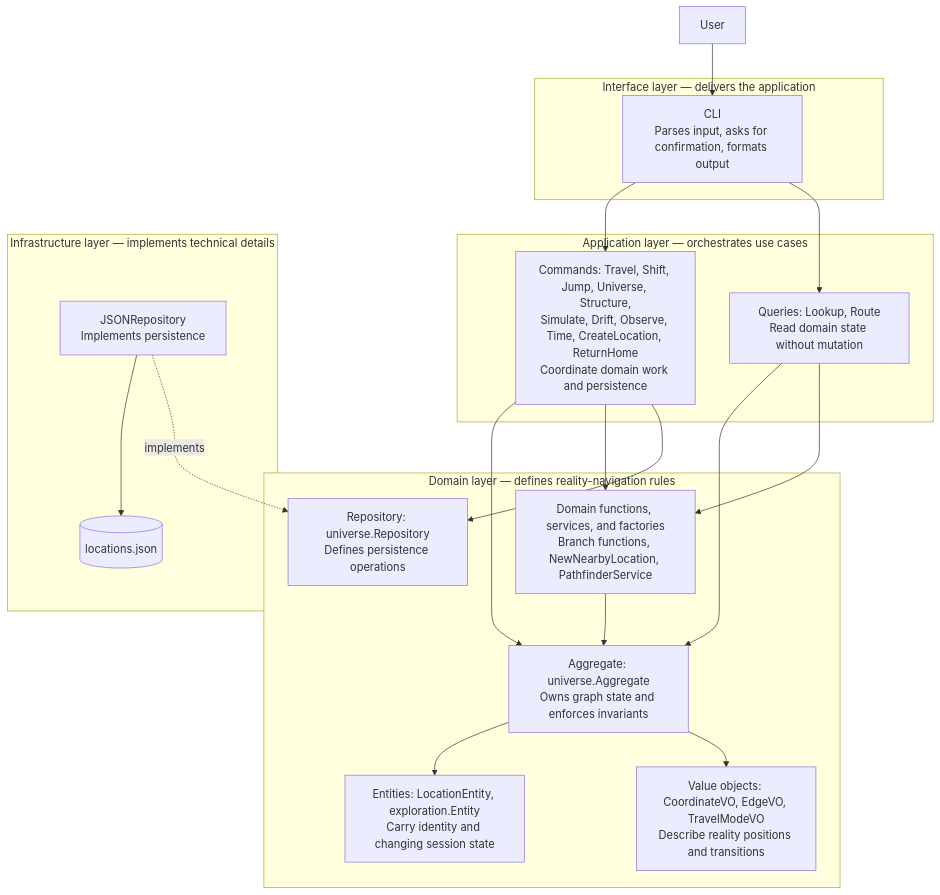
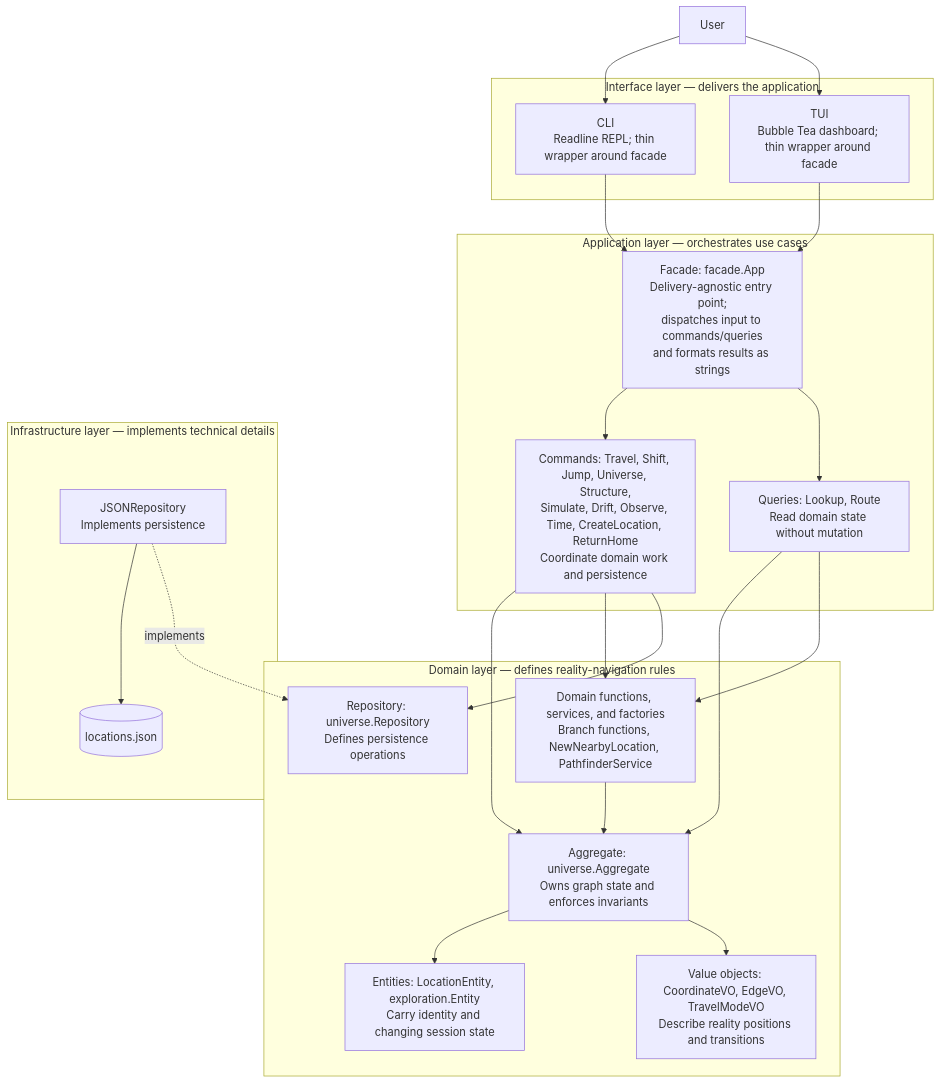
One commit to petherin/onto changed the diagram in docs/DDD.md. Above: the diagram before and after it, drawn with Mermaid. The commit also changed other lines of this file and 22 other files, not shown here.

````diff
--- a/docs/DDD.md
+++ b/docs/DDD.md
@@ -31,38 +31,43 @@
 ```mermaid
 flowchart TB
     subgraph Domain["Domain layer — defines reality-navigation rules"]
         Aggregate["Aggregate: universe.Aggregate<br/>Owns graph state and enforces invariants"]
         Entities["Entities: LocationEntity, exploration.Entity<br/>Carry identity and changing session state"]
         Values["Value objects: CoordinateVO, EdgeVO, TravelModeVO<br/>Describe reality positions and transitions"]
         Services["Domain functions, services, and factories<br/>Branch functions, NewNearbyLocation, PathfinderService"]
         Repository["Repository: universe.Repository<br/>Defines persistence operations"]
         Aggregate --> Entities
         Aggregate --> Values
         Services --> Aggregate
     end
 
     subgraph Application["Application layer — orchestrates use cases"]
+        Facade["Facade: facade.App<br/>Delivery-agnostic entry point;<br/>dispatches input to commands/queries<br/>and formats results as strings"]
         Commands["Commands: Travel, Shift, Jump, Universe, Structure,<br/>Simulate, Drift, Observe, Time, CreateLocation, ReturnHome<br/>Coordinate domain work and persistence"]
         Queries["Queries: Lookup, Route<br/>Read domain state without mutation"]
+        Facade --> Commands
+        Facade --> Queries
     end
 
     subgraph Interface["Interface layer — delivers the application"]
-        CLI["CLI<br/>Parses input, asks for confirmation, formats output"]
+        CLI["CLI<br/>Readline REPL; thin wrapper around facade"]
+        TUI["TUI<br/>Bubble Tea dashboard; thin wrapper around facade"]
     end
 
     subgraph Infrastructure["Infrastructure layer — implements technical details"]
         JSON["JSONRepository<br/>Implements persistence"]
         Data[(locations.json)]
         JSON --> Data
     end
 
     User[User] --> CLI
-    CLI --> Commands
-    CLI --> Queries
+    User --> TUI
+    CLI --> Facade
+    TUI --> Facade
     Commands --> Aggregate
     Commands --> Services
     Commands --> Repository
     Queries --> Aggregate
     Queries --> Services
     JSON -. implements .-> Repository
 ```
````
